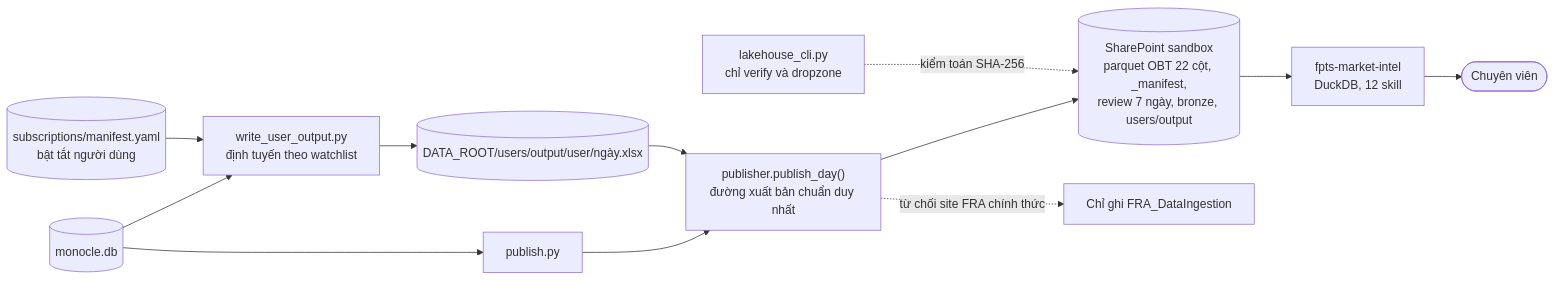
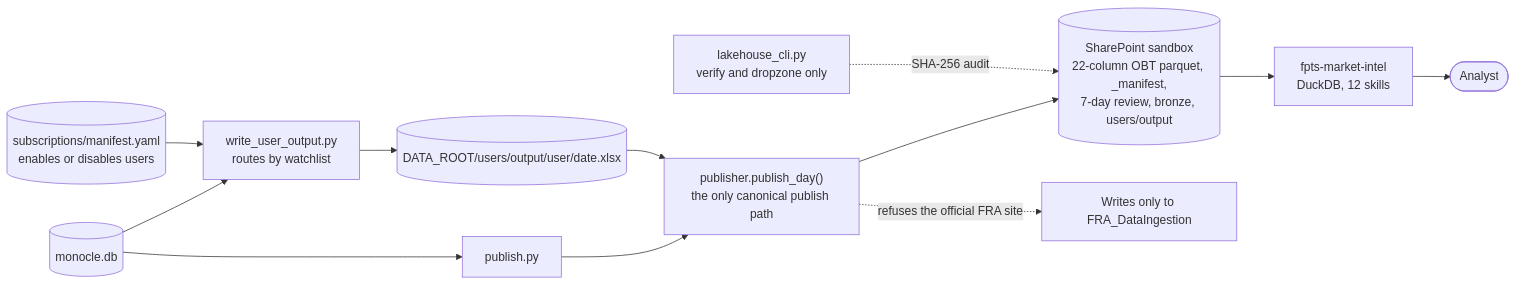
Before and after one commit to Tuanan172-py/fts-news-scape: the diagram in project/docs/diagrams/14-l4-lakehouse.mmd, drawn with Mermaid. The commit also changed 33 other files, not shown here.

Commit message:
feat: standardize offline workflow diagrams to English, add skills council proposal and wave automation scripts (US-048)

```diff
--- a/project/docs/diagrams/14-l4-lakehouse.mmd
+++ b/project/docs/diagrams/14-l4-lakehouse.mmd
@@ -1,12 +1,12 @@
-%% title: L4 Giao hàng và Lakehouse
-%% desc: Excel theo người, publish_day một chiều và việc tiêu thụ bằng DuckDB.
+%% title: L4 Delivery and Lakehouse
+%% desc: Excel per person, one-way publish_day and consumption with DuckDB.
 flowchart LR
-  DB[("monocle.db")] --> WU["write_user_output.py<br/>định tuyến theo watchlist"]
-  MF[("subscriptions/manifest.yaml<br/>bật tắt người dùng")] --> WU
-  WU --> XL[("DATA_ROOT/users/output/user/ngày.xlsx")]
-  DB --> PD["publish.py"] --> PUB["publisher.publish_day()<br/>đường xuất bản chuẩn duy nhất"]
+  DB[("monocle.db")] --> WU["write_user_output.py<br/>routes by watchlist"]
+  MF[("subscriptions/manifest.yaml<br/>enables or disables users")] --> WU
+  WU --> XL[("DATA_ROOT/users/output/user/date.xlsx")]
+  DB --> PD["publish.py"] --> PUB["publisher.publish_day()<br/>the only canonical publish path"]
   XL --> PUB
-  PUB --> SP[("SharePoint sandbox<br/>parquet OBT 22 cột, _manifest,<br/>review 7 ngày, bronze, users/output")]
-  SP --> PL["fpts-market-intel<br/>DuckDB, 12 skill"] --> AN(["Chuyên viên"])
-  LC["lakehouse_cli.py<br/>chỉ verify và dropzone"] -.->|"kiểm toán SHA-256"| SP
-  PUB -.->|"từ chối site FRA chính thức"| X["Chỉ ghi FRA_DataIngestion"]
+  PUB --> SP[("SharePoint sandbox<br/>22-column OBT parquet, _manifest,<br/>7-day review, bronze, users/output")]
+  SP --> PL["fpts-market-intel<br/>DuckDB, 12 skills"] --> AN(["Analyst"])
+  LC["lakehouse_cli.py<br/>verify and dropzone only"] -.->|"SHA-256 audit"| SP
+  PUB -.->|"refuses the official FRA site"| X["Writes only to FRA_DataIngestion"]
```
